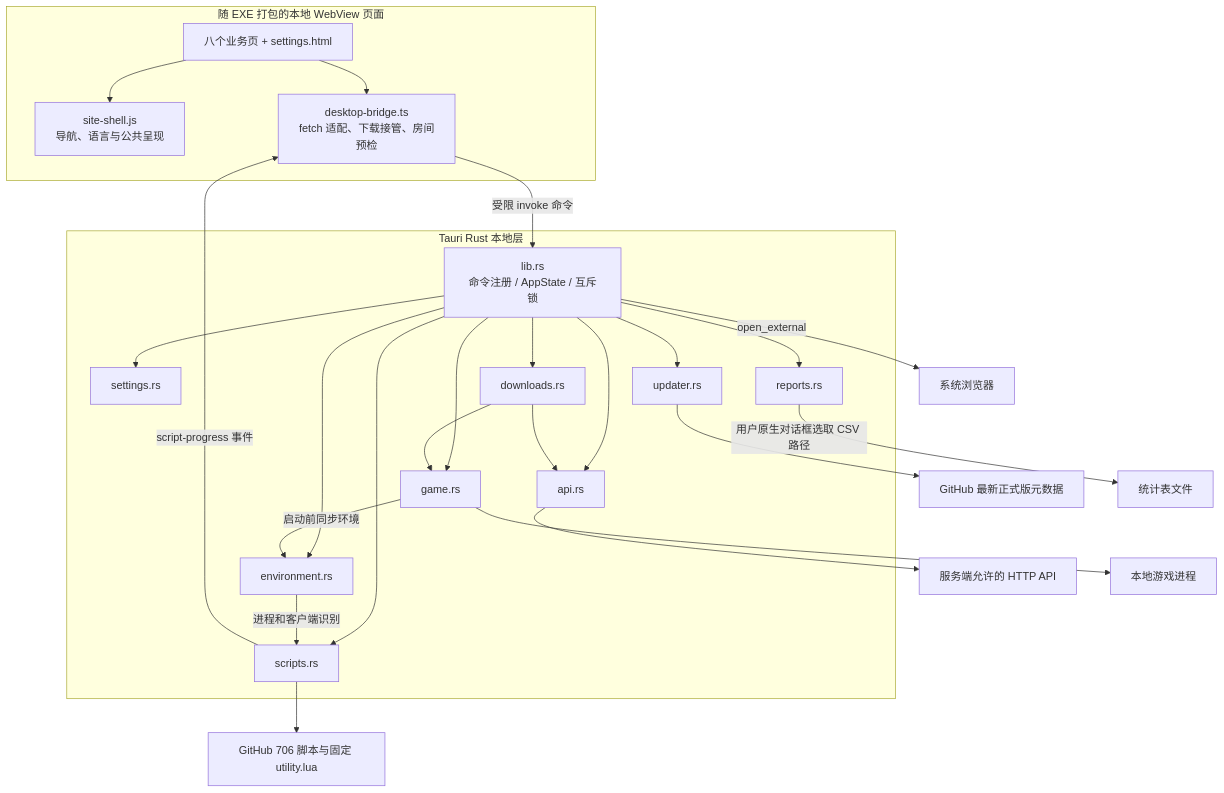
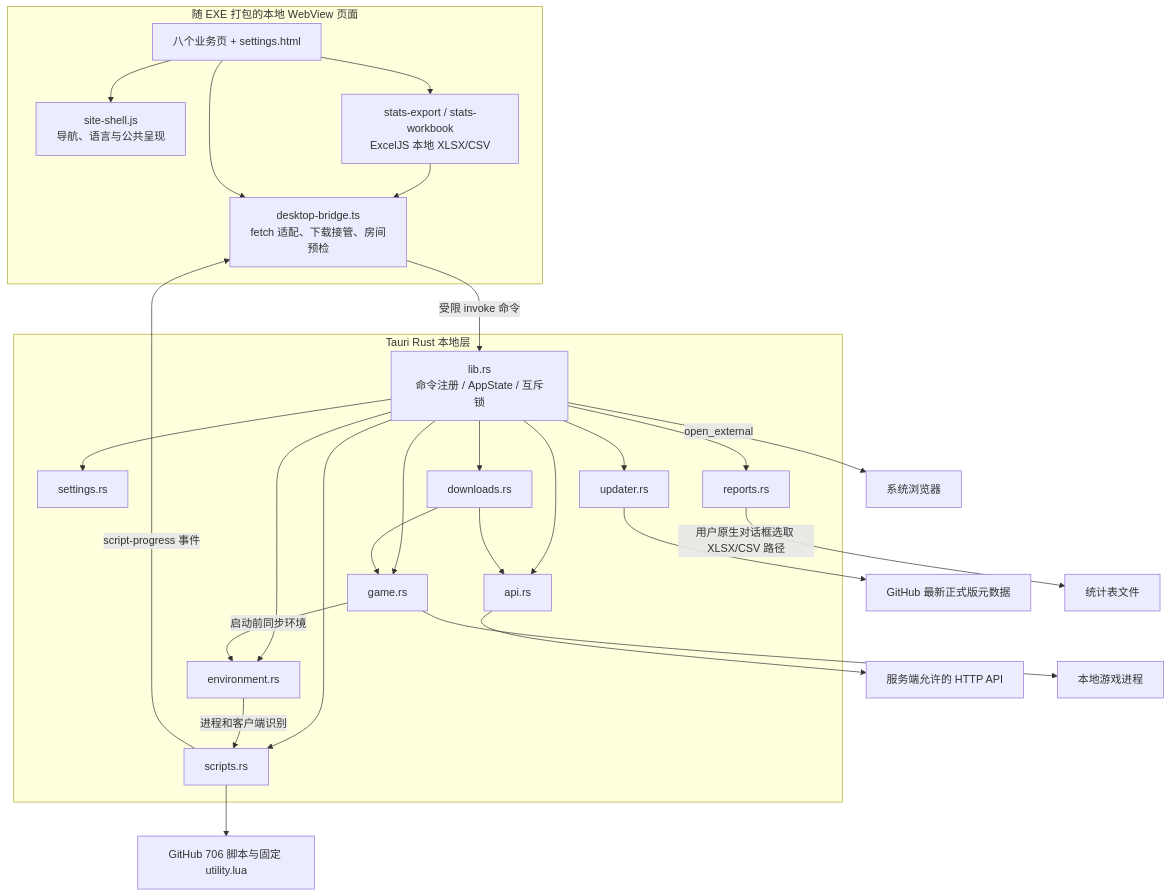
Before and after one commit to 301zrg/srvprotianti-desktop: the second of 8 diagrams in docs/ARCHITECTURE.md, drawn with Mermaid. The commit also changed other lines of this file and 18 other files, not shown here.

Commit message:
Add local XLSX downloads alongside CSV statistics exports

````diff
--- a/docs/ARCHITECTURE.md
+++ b/docs/ARCHITECTURE.md
@@ -48,41 +48,44 @@
 ```mermaid
 flowchart TB
     subgraph UI[随 EXE 打包的本地 WebView 页面]
         Pages["八个业务页 + settings.html"]
         Shell["site-shell.js<br/>导航、语言与公共呈现"]
         Bridge["desktop-bridge.ts<br/>fetch 适配、下载接管、房间预检"]
+        Workbook["stats-export / stats-workbook<br/>ExcelJS 本地 XLSX/CSV"]
+        Pages --> Workbook
+        Workbook --> Bridge
         Pages --> Shell
         Pages --> Bridge
     end
     subgraph Native[Tauri Rust 本地层]
         Entry["lib.rs<br/>命令注册 / AppState / 互斥锁"]
         Settings[settings.rs]
         Api[api.rs]
         Download[downloads.rs]
         Reports[reports.rs]
         Game[game.rs]
         Script[scripts.rs]
         Env[environment.rs]
         Update[updater.rs]
         Entry --> Settings
         Entry --> Api
         Entry --> Download
         Entry --> Reports
         Entry --> Game
         Entry --> Script
         Entry --> Env
         Entry --> Update
         Download --> Api
         Download --> Game
         Game -->|启动前同步环境| Env
         Env -->|进程和客户端识别| Script
     end
     Bridge -->|受限 invoke 命令| Entry
     Script -->|script-progress 事件| Bridge
     Api --> HTTP[服务端允许的 HTTP API]
     Script --> Git[GitHub 706 脚本与固定 utility.lua]
     Update --> Release[GitHub 最新正式版元数据]
     Game --> Process[本地游戏进程]
-    Reports -->|用户原生对话框选取 CSV 路径| Csv[统计表文件]
+    Reports -->|用户原生对话框选取 XLSX/CSV 路径| Csv[统计表文件]
     Entry -->|open_external| Browser[系统浏览器]
 ```
````
